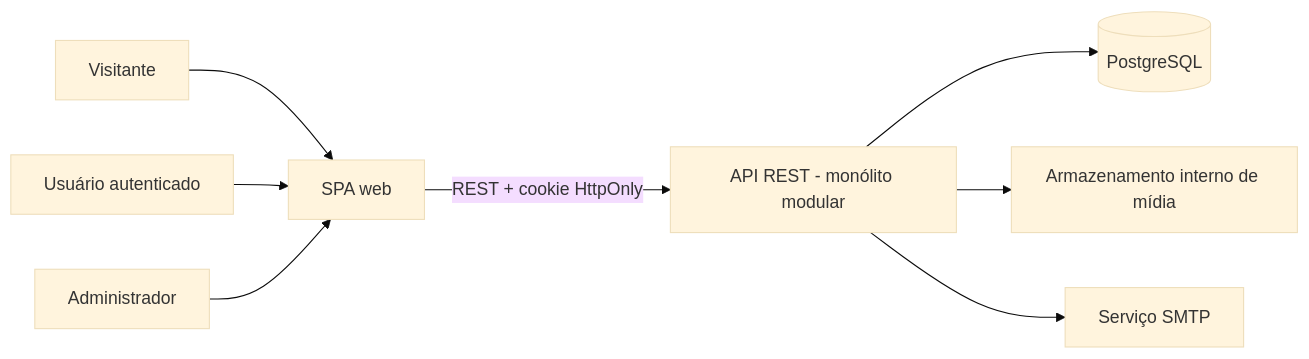
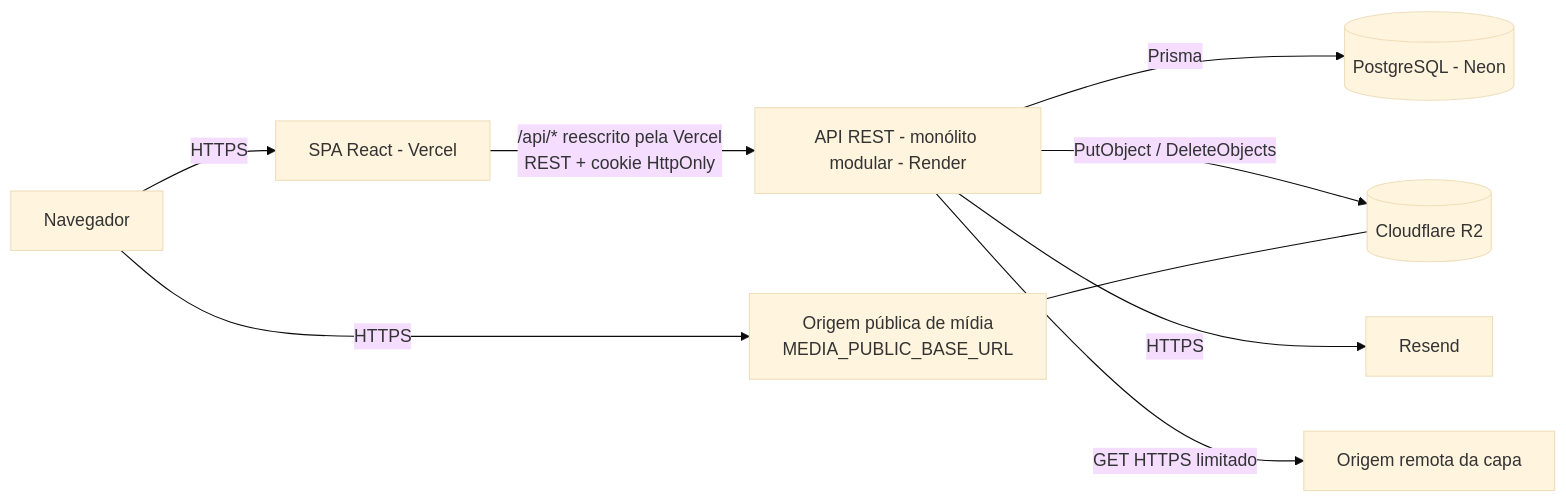
The first of 3 diagrams in 05-Diagramas/Modelo-Textual-para-IA.md (IsaacLeite1309/comanga-docs), drawn with Mermaid (base theme) before and after one commit. The commit also changed other lines of this file and 6 other files, not shown here.

````diff
--- a/05-Diagramas/Modelo-Textual-para-IA.md
+++ b/05-Diagramas/Modelo-Textual-para-IA.md
@@ -37,10 +53,11 @@
 ```mermaid
 flowchart LR
-    V[Visitante] --> W[SPA web]
-    U[Usuário autenticado] --> W
-    A[Administrador] --> W
-    W -->|REST + cookie HttpOnly| API[API REST - monólito modular]
-    API --> DB[(PostgreSQL)]
-    API --> R2[Armazenamento interno de mídia]
-    API --> SMTP[Serviço SMTP]
+    B[Navegador] -->|HTTPS| W[SPA React - Vercel]
+    W -->|/api/* reescrito pela Vercel<br/>REST + cookie HttpOnly| API[API REST - monólito modular - Render]
+    API -->|Prisma| DB[(PostgreSQL - Neon)]
+    API -->|PutObject / DeleteObjects| R2[(Cloudflare R2)]
+    API -->|HTTPS| RS[Resend]
+    API -->|GET HTTPS limitado| SRC[Origem remota da capa]
+    B -->|HTTPS| CDN[Origem pública de mídia<br/>MEDIA_PUBLIC_BASE_URL]
+    CDN --- R2
 ```
````
